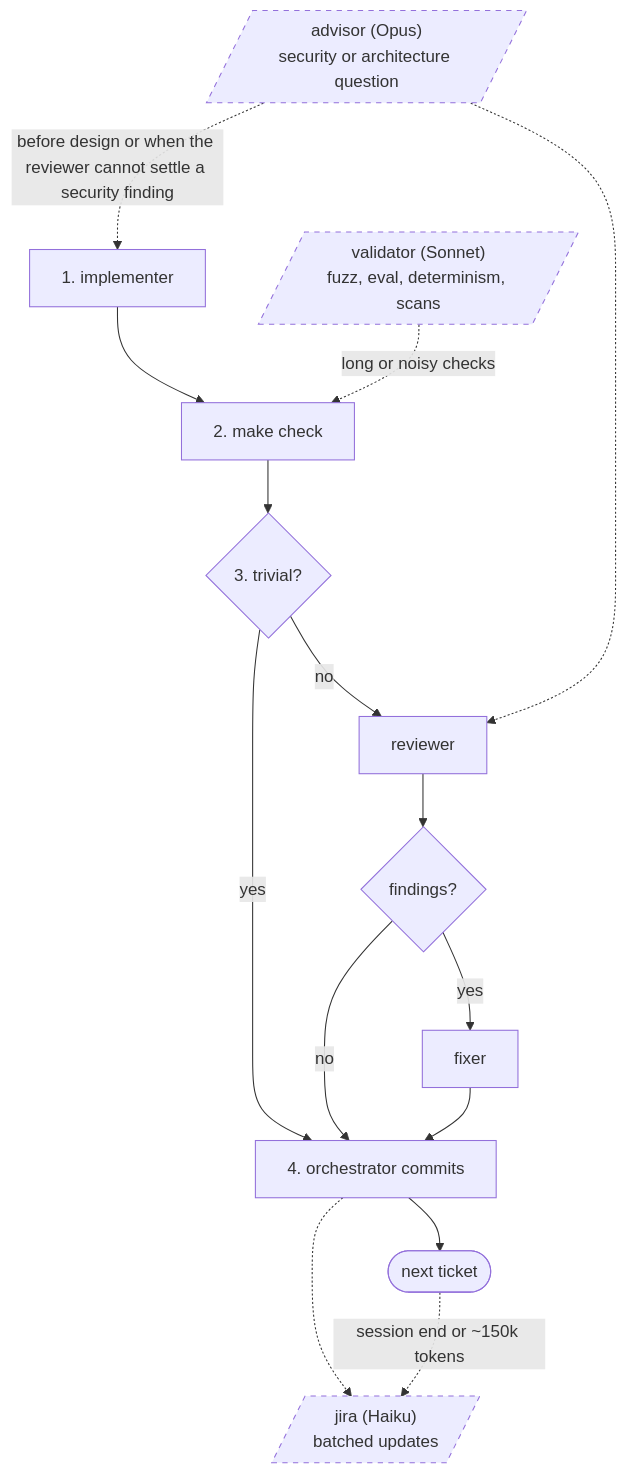
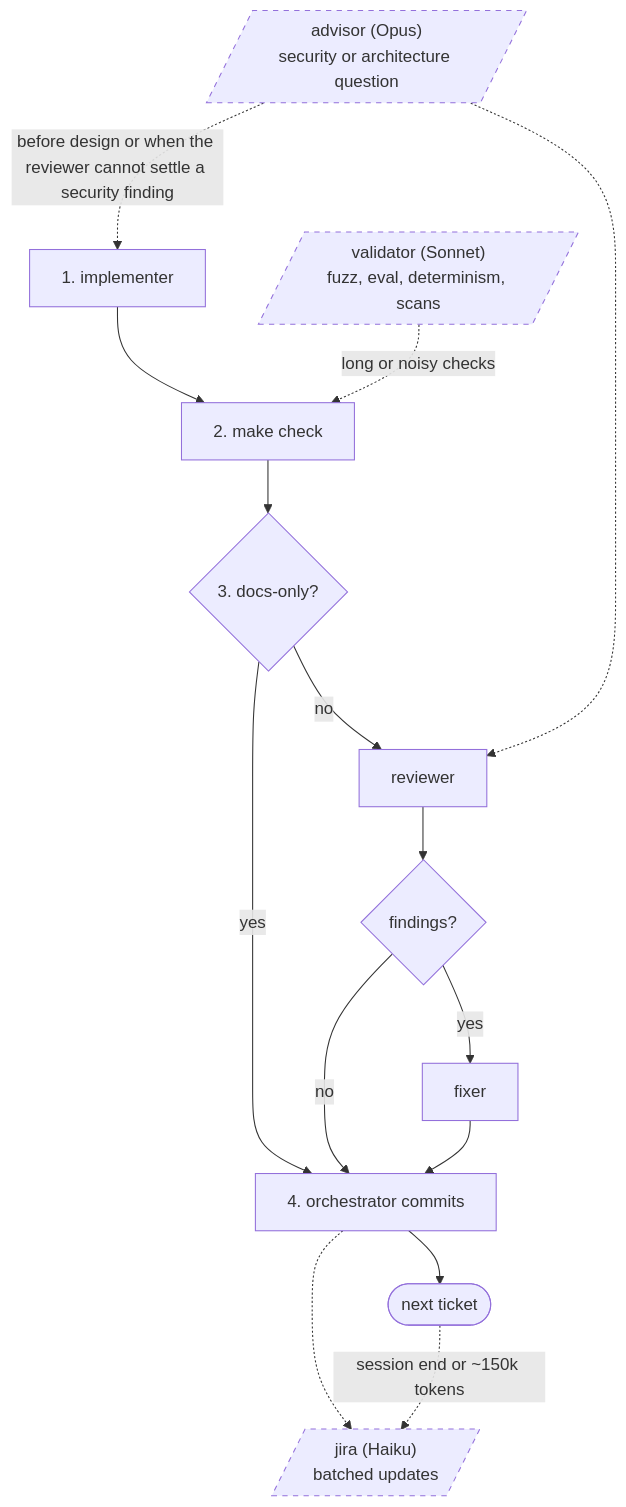
Before and after one commit to foxy98PL/AuthzCoverage: the third of 3 diagrams in docs/AGENT_FLOW.md, drawn with Mermaid. The commit also changed other lines of this file and 3 other files, not shown here.

````diff
--- a/docs/AGENT_FLOW.md
+++ b/docs/AGENT_FLOW.md
@@ -33,20 +33,20 @@
 ```mermaid
 flowchart TD
     I["1. implementer"] --> C["2. make check"]
-    C --> T{"3. trivial?"}
+    C --> T{"3. docs-only?"}
     T -- yes --> K
     T -- no --> R["reviewer"]
     R --> F{findings?}
     F -- no --> K
     F -- yes --> X["fixer"]
     X --> K["4. orchestrator commits"]
     K --> N([next ticket])
 
     A[/"advisor (Opus)<br/>security or architecture question"/]:::opt -. "before design or when the reviewer cannot settle a security finding" .-> I
     A -.-> R
     V[/"validator (Sonnet)<br/>fuzz, eval, determinism, scans"/]:::opt -. "long or noisy checks" .-> C
     K -.-> J[/"jira (Haiku)<br/>batched updates"/]:::opt
     N -. "session end or ~150k tokens" .-> J
 
     classDef opt stroke-dasharray: 5 5
 ```
````
